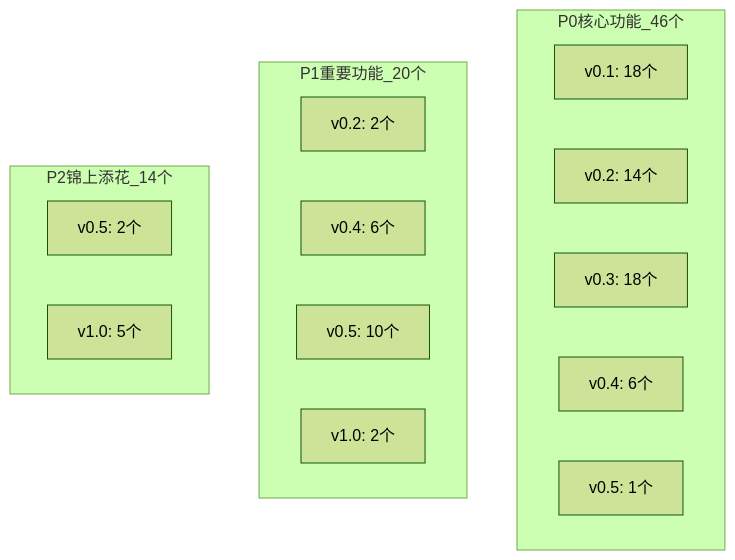
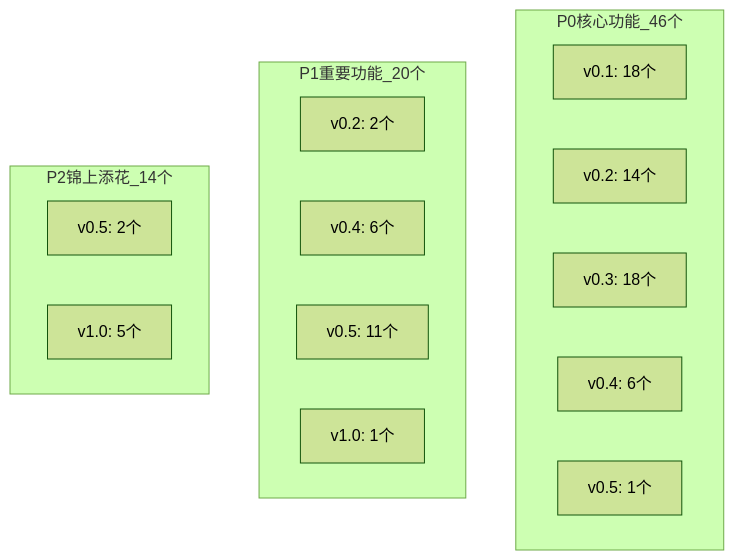
The third of 5 diagrams in docs/版本里程碑功能清单.md (Fsu7/Veritas-), drawn with Mermaid (forest theme) before and after one commit. The commit also changed other lines of this file and 82 other files, not shown here.

````diff
--- a/docs/版本里程碑功能清单.md
+++ b/docs/版本里程碑功能清单.md
@@ -581,22 +586,22 @@
 ```mermaid
 graph TD
     subgraph P0核心功能_46个
         V01_P0["v0.1: 18个"]
         V02_P0["v0.2: 14个"]
         V03_P0["v0.3: 18个"]
         V04_P0["v0.4: 6个"]
         V05_P0["v0.5: 1个"]
     end
 
     subgraph P1重要功能_20个
         V02_P1["v0.2: 2个"]
         V04_P1["v0.4: 6个"]
-        V05_P1["v0.5: 10个"]
-        V10_P1["v1.0: 2个"]
+        V05_P1["v0.5: 11个"]
+        V10_P1["v1.0: 1个"]
     end
 
     subgraph P2锦上添花_14个
         V05_P2["v0.5: 2个"]
         V10_P2["v1.0: 5个"]
     end
 ```
````
